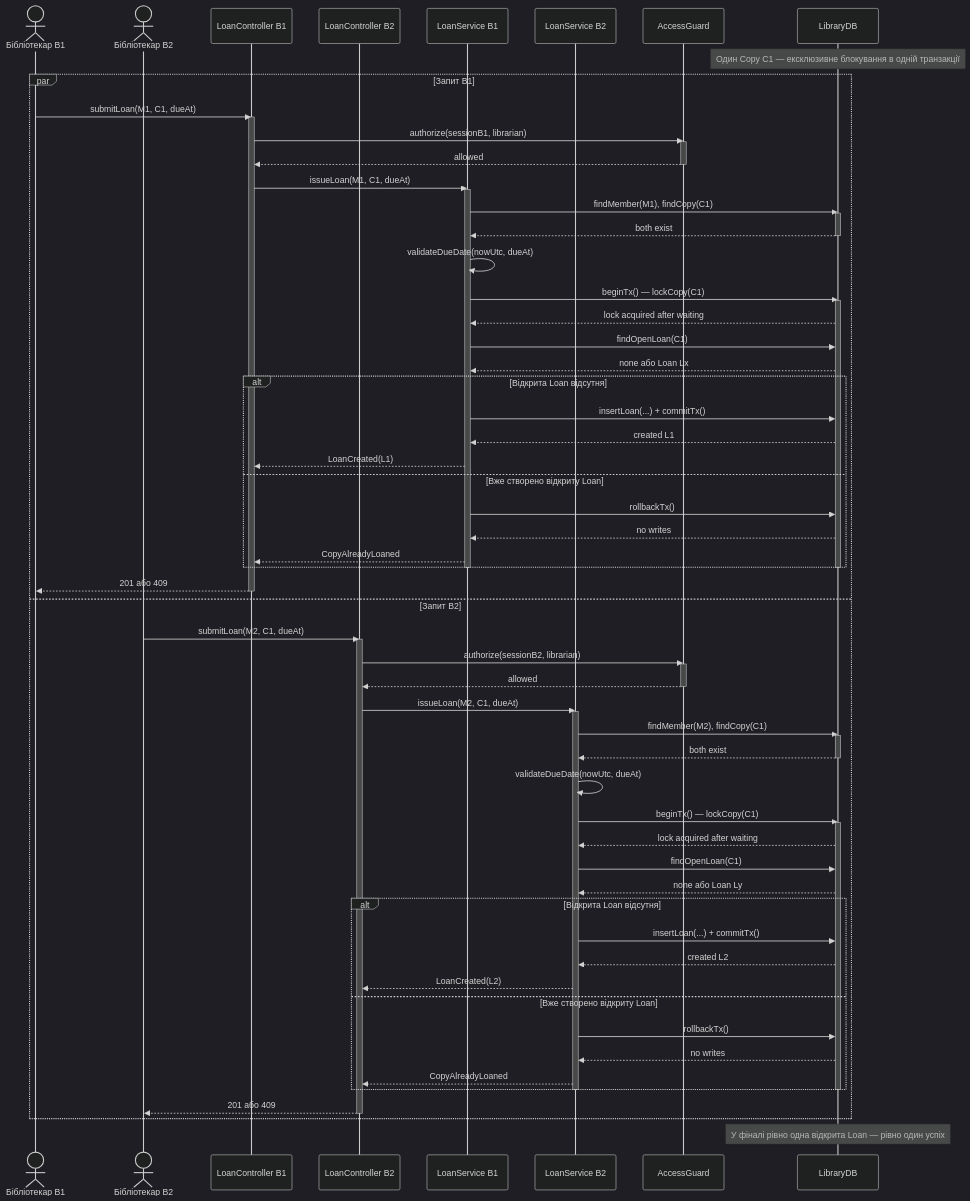
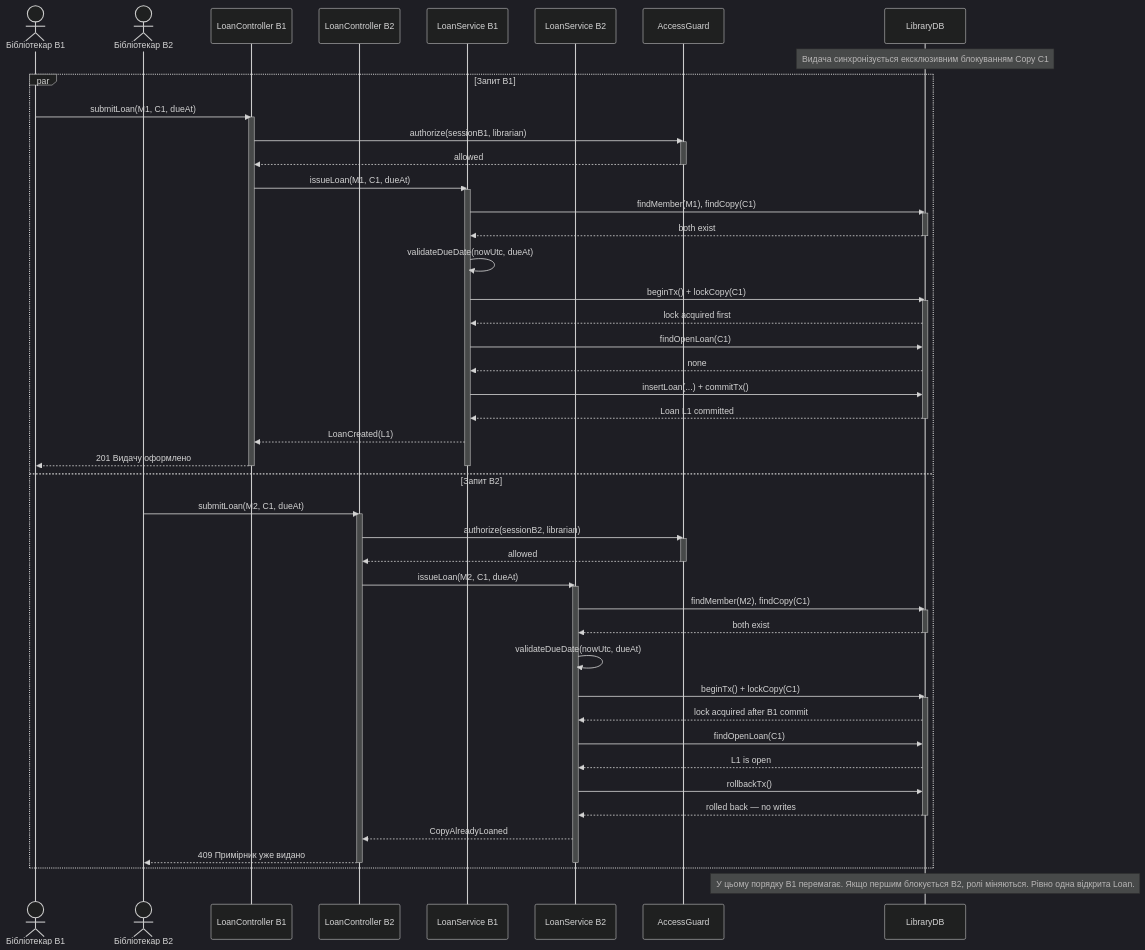
The diagram in sequence/S-07-concurrent-requests.mmd (Alex9011/KPI2-Lab3), drawn with Mermaid (dark theme) before and after one commit. The commit also changed 11 other files, not shown here.

Commit message:
Align loan sequences with scenario outcomes

```diff
--- a/sequence/S-07-concurrent-requests.mmd
+++ b/sequence/S-07-concurrent-requests.mmd
@@ -1,77 +1,65 @@
 sequenceDiagram
     %% title: S-07 — Два одночасні запити на Copy C1
     actor B1 as Бібліотекар B1
     actor B2 as Бібліотекар B2
     participant API1 as LoanController B1
     participant API2 as LoanController B2
     participant S1 as LoanService B1
     participant S2 as LoanService B2
     participant A as AccessGuard
     participant DB as LibraryDB
-    Note over DB: Один Copy C1 — ексклюзивне блокування в одній транзакції
+    Note over DB: Видача синхронізується ексклюзивним блокуванням Copy C1
     par Запит B1
         B1->>API1: submitLoan(M1, C1, dueAt)
         activate API1
         API1->>A: authorize(sessionB1, librarian)
         activate A
         A-->>API1: allowed
         deactivate A
         API1->>S1: issueLoan(M1, C1, dueAt)
         activate S1
         S1->>DB: findMember(M1), findCopy(C1)
         activate DB
         DB-->>S1: both exist
         deactivate DB
         S1->>S1: validateDueDate(nowUtc, dueAt)
-        S1->>DB: beginTx() — lockCopy(C1)
+        S1->>DB: beginTx() + lockCopy(C1)
         activate DB
-        DB-->>S1: lock acquired after waiting
+        DB-->>S1: lock acquired first
         S1->>DB: findOpenLoan(C1)
-        DB-->>S1: none або Loan Lx
-        alt Відкрита Loan відсутня
-            S1->>DB: insertLoan(...) + commitTx()
-            DB-->>S1: created L1
-            S1-->>API1: LoanCreated(L1)
-        else Вже створено відкриту Loan
-            S1->>DB: rollbackTx()
-            DB-->>S1: no writes
-            S1-->>API1: CopyAlreadyLoaned
-        end
+        DB-->>S1: none
+        S1->>DB: insertLoan(...) + commitTx()
+        DB-->>S1: Loan L1 committed
         deactivate DB
+        S1-->>API1: LoanCreated(L1)
+        API1-->>B1: 201 Видачу оформлено
         deactivate S1
-        API1-->>B1: 201 або 409
         deactivate API1
     and Запит B2
         B2->>API2: submitLoan(M2, C1, dueAt)
         activate API2
         API2->>A: authorize(sessionB2, librarian)
         activate A
         A-->>API2: allowed
         deactivate A
         API2->>S2: issueLoan(M2, C1, dueAt)
         activate S2
         S2->>DB: findMember(M2), findCopy(C1)
         activate DB
         DB-->>S2: both exist
         deactivate DB
         S2->>S2: validateDueDate(nowUtc, dueAt)
-        S2->>DB: beginTx() — lockCopy(C1)
+        S2->>DB: beginTx() + lockCopy(C1)
         activate DB
-        DB-->>S2: lock acquired after waiting
+        DB-->>S2: lock acquired after B1 commit
         S2->>DB: findOpenLoan(C1)
-        DB-->>S2: none або Loan Ly
-        alt Відкрита Loan відсутня
-            S2->>DB: insertLoan(...) + commitTx()
-            DB-->>S2: created L2
-            S2-->>API2: LoanCreated(L2)
-        else Вже створено відкриту Loan
-            S2->>DB: rollbackTx()
-            DB-->>S2: no writes
-            S2-->>API2: CopyAlreadyLoaned
-        end
+        DB-->>S2: L1 is open
+        S2->>DB: rollbackTx()
+        DB-->>S2: rolled back — no writes
         deactivate DB
+        S2-->>API2: CopyAlreadyLoaned
+        API2-->>B2: 409 Примірник уже видано
         deactivate S2
-        API2-->>B2: 201 або 409
         deactivate API2
     end
-    Note over DB: У фіналі рівно одна відкрита Loan — рівно один успіх
+    Note over DB: У цьому порядку B1 перемагає. Якщо першим блокується B2, ролі міняються. Рівно одна відкрита Loan.
```
